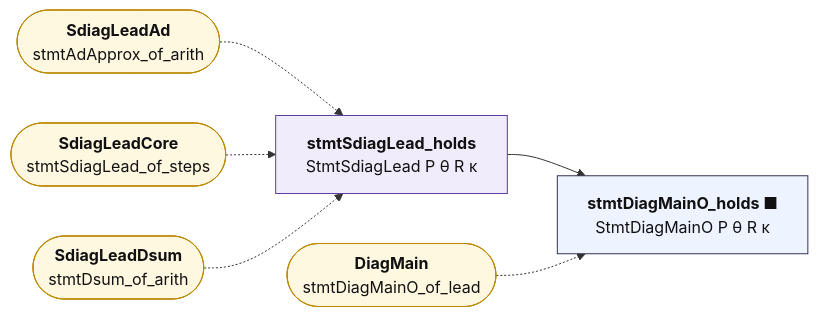
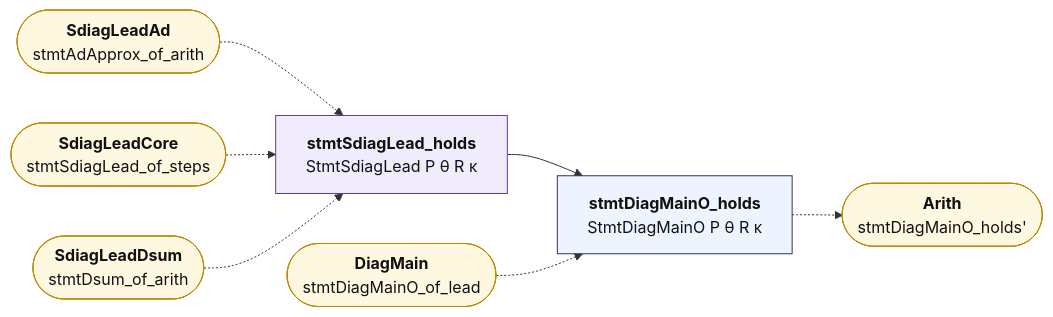
One commit to juliansambranojr/Primebeat_081426 changed the diagram in map/lean_stage3/SdiagLead.mmd. Above: the diagram before and after it, drawn with Mermaid. The commit also changed 36 other files, not shown here.

```diff
--- a/map/lean_stage3/SdiagLead.mmd
+++ b/map/lean_stage3/SdiagLead.mmd
@@ -1,20 +1,22 @@
 flowchart LR
   n0["<b>stmtSdiagLead_holds</b><br/>StmtSdiagLead P θ R κ"]:::shp
-  n1["<b>stmtDiagMainO_holds ■</b><br/>StmtDiagMainO P θ R κ"]:::thm
+  n1["<b>stmtDiagMainO_holds</b><br/>StmtDiagMainO P θ R κ"]:::thm
   x0(["<b>SdiagLeadAd</b><br/>stmtAdApprox_of_arith"]):::ext
   x1(["<b>SdiagLeadCore</b><br/>stmtSdiagLead_of_steps"]):::ext
   x2(["<b>SdiagLeadDsum</b><br/>stmtDsum_of_arith"]):::ext
   x3(["<b>DiagMain</b><br/>stmtDiagMainO_of_lead"]):::ext
+  x4(["<b>Arith</b><br/>stmtDiagMainO_holds'"]):::ext
   n0 --> n1
+  n1 -.-> x4
   x0 -.-> n0
   x1 -.-> n0
   x2 -.-> n0
   x3 -.-> n1
   classDef cnt fill:#dff5ec,stroke:#17694a,color:#111
   classDef shp fill:#f1ecfb,stroke:#5b3fa0,color:#111
   classDef rh fill:#ffe5e5,stroke:#c22,color:#111,stroke-width:2px
   classDef thm fill:#eef4ff,stroke:#335,color:#111
   classDef end_ fill:#e7f7e7,stroke:#2a7,color:#111,stroke-width:2px
   classDef lone fill:#fff,stroke:#999,color:#111,stroke-dasharray:4 3
   classDef bad fill:#ffe5e5,stroke:#c22,color:#111,stroke-width:2px
   classDef ext fill:#fff8e1,stroke:#b80,color:#111
```
